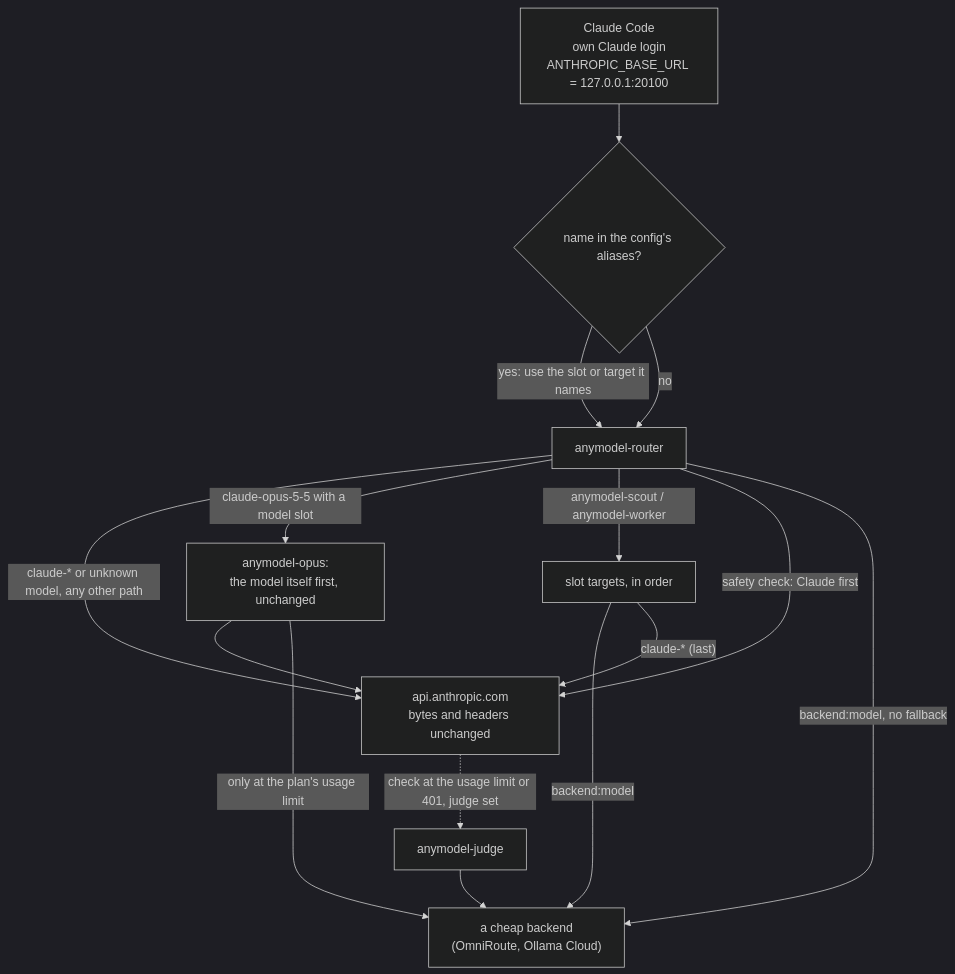
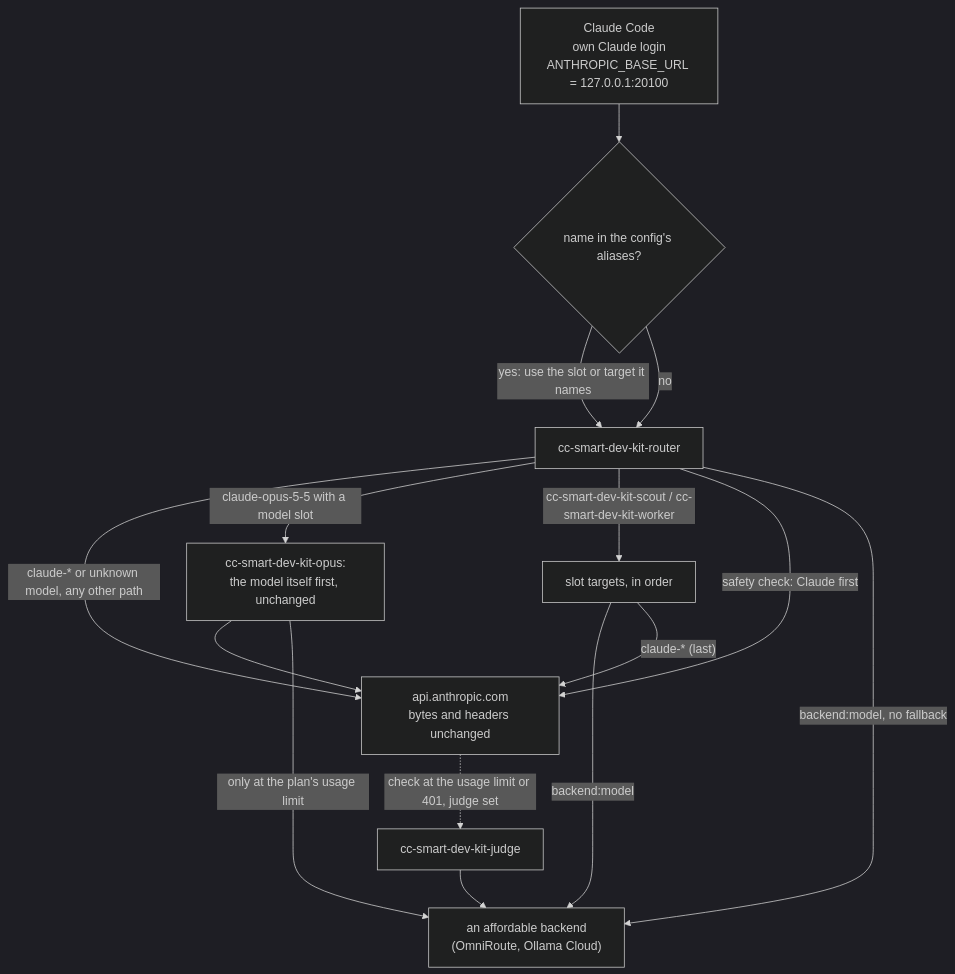
The diagram in docs/gateway.md (sellanybiz/cc-smart-dev-kit), drawn with Mermaid (dark theme) before and after one commit. The commit also changed other lines of this file and 202 other files, not shown here.

````diff
--- a/docs/gateway.md
+++ b/docs/gateway.md
@@ -37,17 +37,17 @@
 ```mermaid
 flowchart TD
     CC["Claude Code<br/>own Claude login<br/>ANTHROPIC_BASE_URL = 127.0.0.1:20100"] --> AL{"name in the config's aliases?"}
     AL -->|"yes: use the slot or target it names"| R
-    AL -->|"no"| R["anymodel-router"]
+    AL -->|"no"| R["cc-smart-dev-kit-router"]
     R -->|"claude-* or unknown model, any other path"| A["api.anthropic.com<br/>bytes and headers unchanged"]
-    R -->|"claude-opus-5-5 with a model slot"| M["anymodel-opus:<br/>the model itself first, unchanged"]
+    R -->|"claude-opus-5-5 with a model slot"| M["cc-smart-dev-kit-opus:<br/>the model itself first, unchanged"]
     M --> A
     M -->|"only at the plan's usage limit"| O
-    R -->|"anymodel-scout / anymodel-worker"| S["slot targets, in order"]
+    R -->|"cc-smart-dev-kit-scout / cc-smart-dev-kit-worker"| S["slot targets, in order"]
     R -->|"safety check: Claude first"| A
-    A -.->|"check at the usage limit or 401, judge set"| J["anymodel-judge"]
+    A -.->|"check at the usage limit or 401, judge set"| J["cc-smart-dev-kit-judge"]
     R -->|"backend:model, no fallback"| O
-    S -->|"backend:model"| O["a cheap backend<br/>(OmniRoute, Ollama Cloud)"]
+    S -->|"backend:model"| O["an affordable backend<br/>(OmniRoute, Ollama Cloud)"]
     S -->|"claude-* (last)"| A
     J --> O
 ```
````
